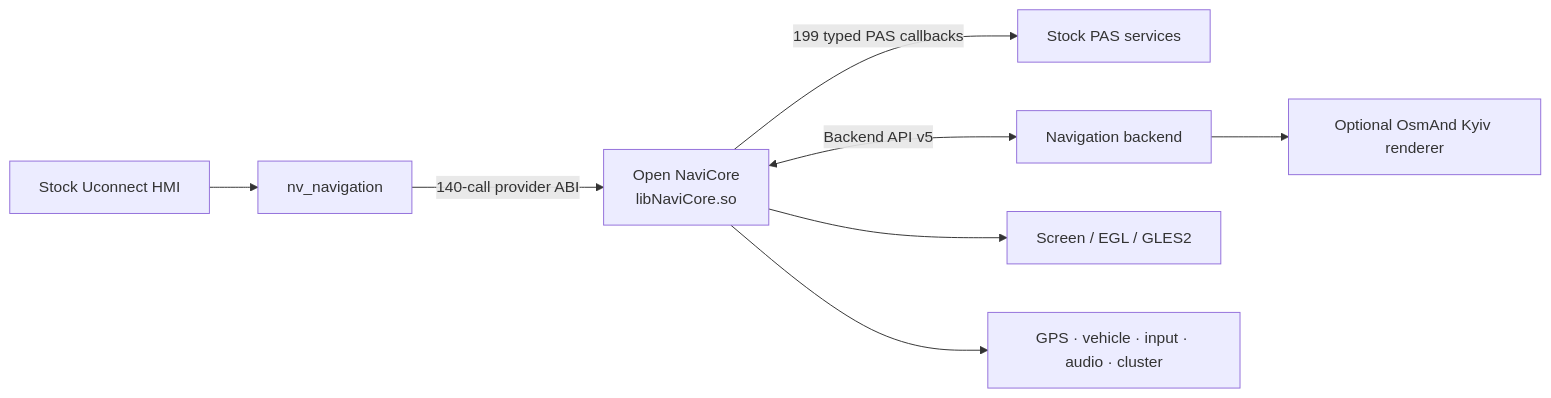
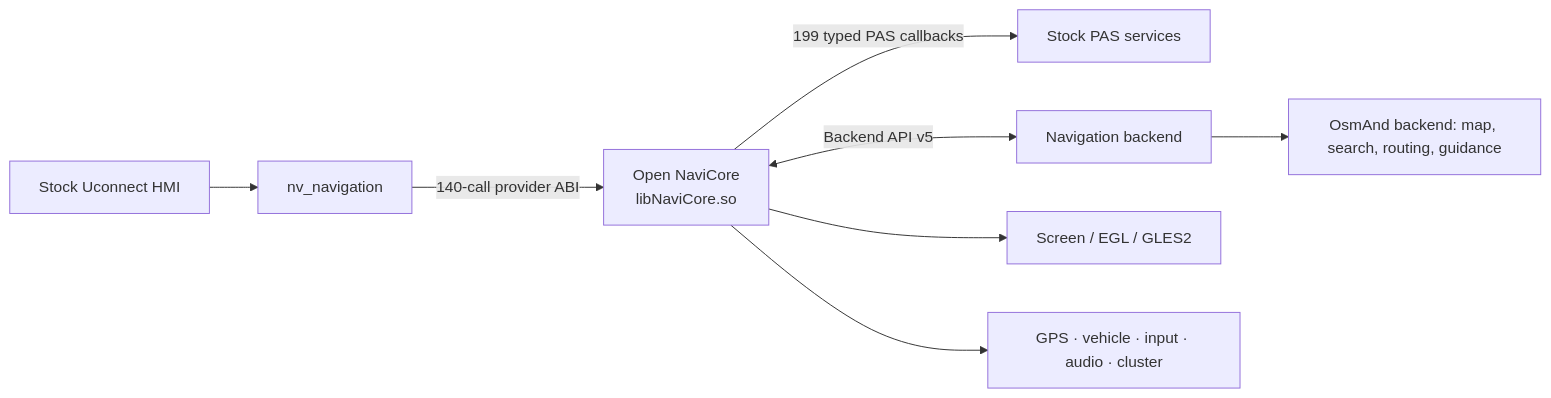
Before and after one commit to TimbreUnda/open_navicore: the diagram in README.md, drawn with Mermaid. The commit also changed other lines of this file and 14 other files, not shown here.

````diff
--- a/README.md
+++ b/README.md
@@ -66,10 +67,10 @@
 ```mermaid
 flowchart LR
     HMI[Stock Uconnect HMI] --> NAV[nv_navigation]
     NAV -->|140-call provider ABI| CORE[Open NaviCore<br/>libNaviCore.so]
     CORE -->|199 typed PAS callbacks| PAS[Stock PAS services]
     CORE <-->|Backend API v5| ENGINE[Navigation backend]
-    ENGINE --> OSM[Optional OsmAnd Kyiv renderer]
+    ENGINE --> OSM[OsmAnd backend: map, search, routing, guidance]
     CORE --> EGL[Screen / EGL / GLES2]
     CORE --> DATA[GPS · vehicle · input · audio · cluster]
 ```
````
